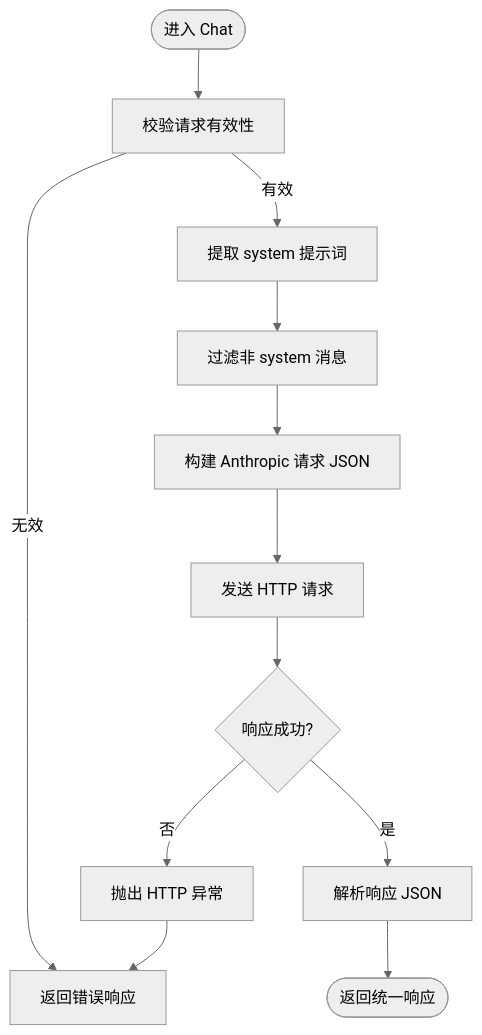
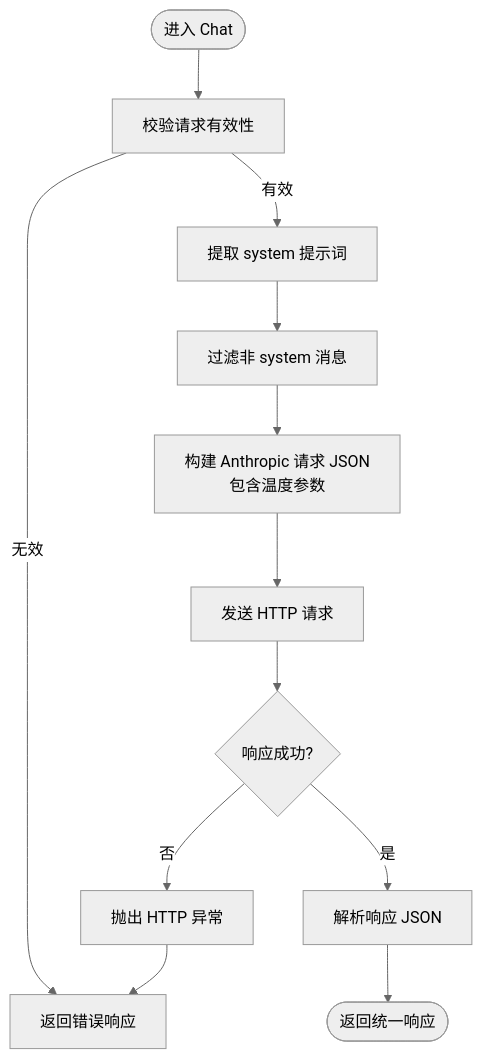
The fourth of 7 diagrams in .qoder/repowiki/zh/content/LLM 集成系统/LLM 集成系统.md (suzvka/RimLife), drawn with Mermaid (neutral theme) before and after one commit. The commit also changed other lines of this file and 32 other files, not shown here.

````diff
--- a/.qoder/repowiki/zh/content/LLM 集成系统/LLM 集成系统.md
+++ b/.qoder/repowiki/zh/content/LLM 集成系统/LLM 集成系统.md
@@ -212,14 +236,14 @@
 ```mermaid
 flowchart TD
 Start(["进入 Chat"]) --> Validate["校验请求有效性"]
 Validate --> |无效| Err["返回错误响应"]
 Validate --> |有效| Extract["提取 system 提示词"]
 Extract --> Filter["过滤非 system 消息"]
-Filter --> Build["构建 Anthropic 请求 JSON"]
+Filter --> Build["构建 Anthropic 请求 JSON<br/>包含温度参数"]
 Build --> Send["发送 HTTP 请求"]
 Send --> Resp{"响应成功?"}
 Resp --> |否| HttpErr["抛出 HTTP 异常"]
 Resp --> |是| Parse["解析响应 JSON"]
 Parse --> Done(["返回统一响应"])
 HttpErr --> Err
 ```
````
